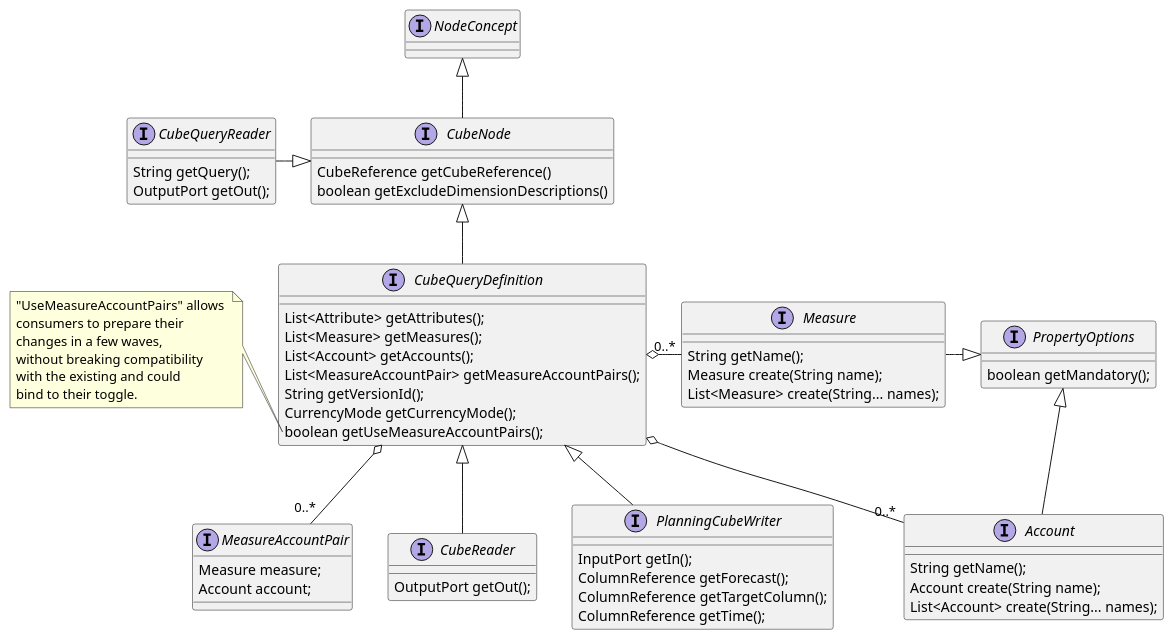
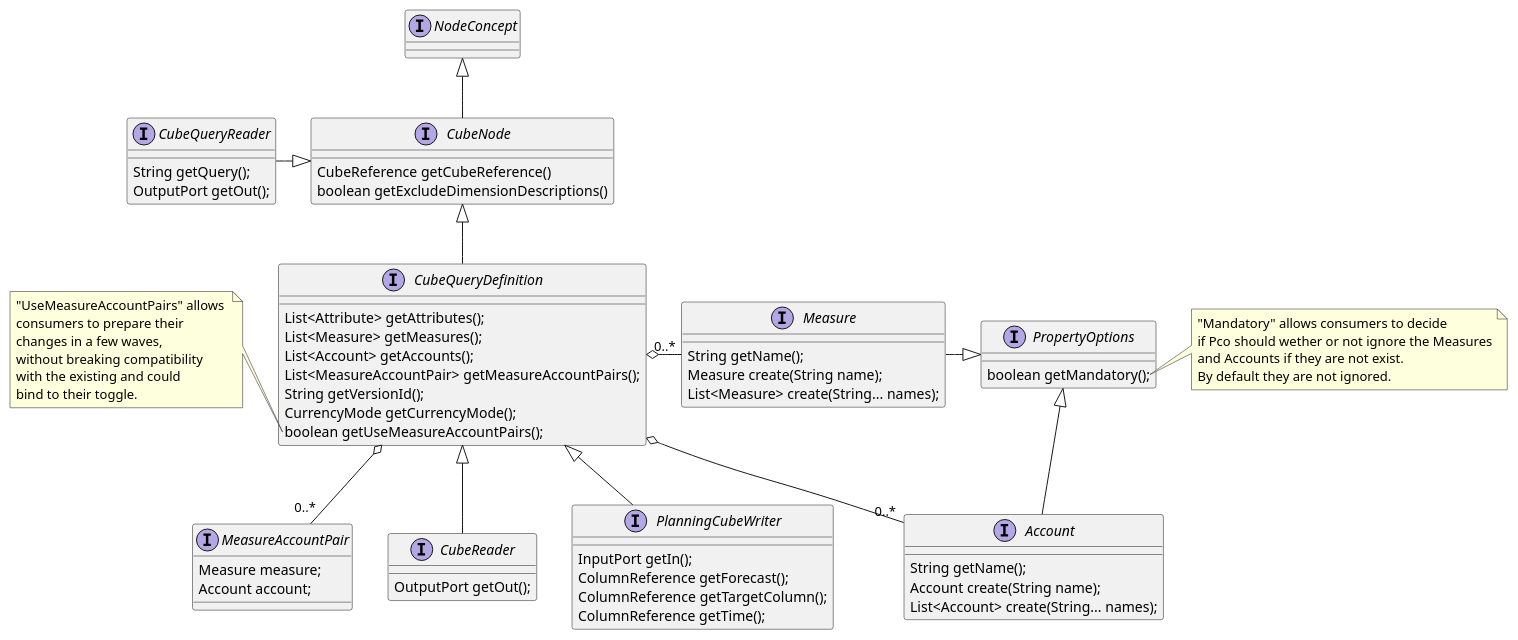
One commit to loutfinadir/uml changed the diagram in pipeline-v2.wsd. Above: the diagram before and after it, drawn with PlantUML. The commit also changed 1 other file, not shown here.

```diff
--- a/pipeline-v2.wsd
+++ b/pipeline-v2.wsd
@@ -1,75 +1,82 @@
 @startuml
 
 interface NodeConcept
 
 interface CubeNode extends NodeConcept {
     CubeReference getCubeReference()
     boolean getExcludeDimensionDescriptions()
 }
 
 interface PropertyOptions {
     boolean getMandatory();
 }
 
 
 interface Measure  {
     String getName();
     Measure create(String name);
     List<Measure> create(String... names);
 }
 
 interface Account {
     String getName();
     Account create(String name);
     List<Account> create(String... names);
 }
 
 interface MeasureAccountPair {
     Measure measure;
     Account account;
 }
 
 interface CubeQueryDefinition extends CubeNode {
     List<Attribute> getAttributes();
     List<Measure> getMeasures();
     List<Account> getAccounts();
     List<MeasureAccountPair> getMeasureAccountPairs();
     String getVersionId();
     CurrencyMode getCurrencyMode();
     boolean getUseMeasureAccountPairs();
 }
 
 interface CubeQueryReader {
     String getQuery();
     OutputPort getOut();
 }
 
 interface CubeReader extends CubeQueryDefinition {
     OutputPort getOut();
 }
 
 interface PlanningCubeWriter extends CubeQueryDefinition {
 
     InputPort getIn();
     ColumnReference getForecast();
     ColumnReference getTargetColumn();
     ColumnReference getTime();
 }
 
 CubeQueryDefinition o-right- "0..*" Measure
 CubeQueryDefinition o-down- "0..*" Account
 CubeQueryDefinition o-down- "0..*" MeasureAccountPair
 CubeQueryReader -|> CubeNode
 Measure -down|> PropertyOptions
 Account -left|> PropertyOptions
 
 note left of CubeQueryDefinition::getUseMeasureAccountPairs
  "UseMeasureAccountPairs" allows 
  consumers to prepare their 
  changes in a few waves, 
  without breaking compatibility
  with the existing and could 
  bind to their toggle.
 end note
 
+note right of PropertyOptions::getMandatory
+ "Mandatory" allows consumers to decide 
+ if Pco should wether or not ignore the Measures
+ and Accounts if they are not exist. 
+ By default they are not ignored.
+end note
+
 @enduml
```
